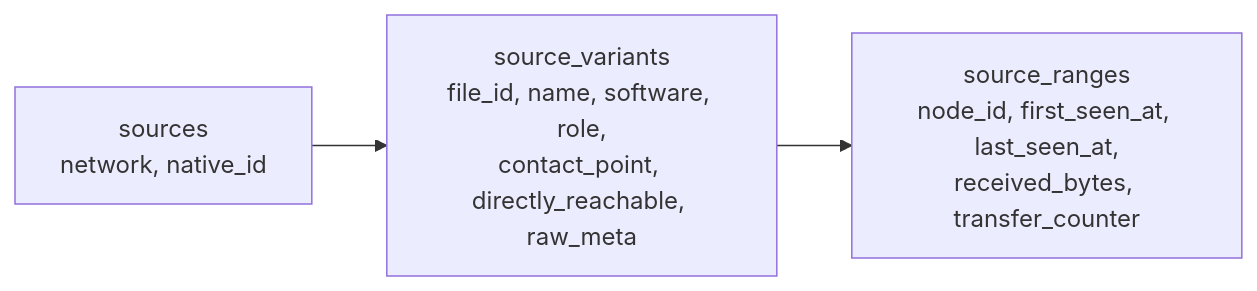
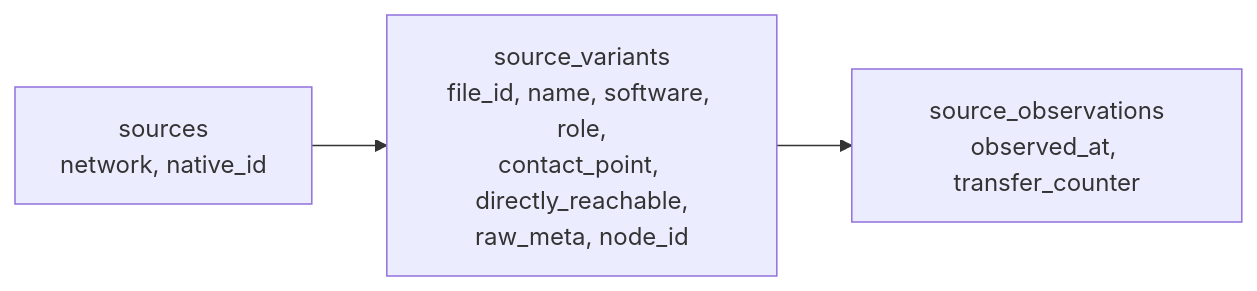
The tenth of 12 diagrams in docs/contributing/architecture.md (mission-titar/p2pwatch), drawn with Mermaid before and after one commit. The commit also changed other lines of this file and 8 other files, not shown here.

````diff
--- a/docs/contributing/architecture.md
+++ b/docs/contributing/architecture.md
@@ -495,5 +501,5 @@
 ```mermaid
 flowchart LR
-  s["sources<br/>network, native_id"] --> v["source_variants<br/>file_id, name, software, role,<br/>contact_point, directly_reachable, raw_meta"]
-  v --> r["source_ranges<br/>node_id, first_seen_at, last_seen_at,<br/>received_bytes, transfer_counter"]
+  s["sources<br/>network, native_id"] --> v["source_variants<br/>file_id, name, software, role,<br/>contact_point, directly_reachable,<br/>raw_meta, node_id"]
+  v --> o["source_observations<br/>observed_at, transfer_counter"]
 ```
````
